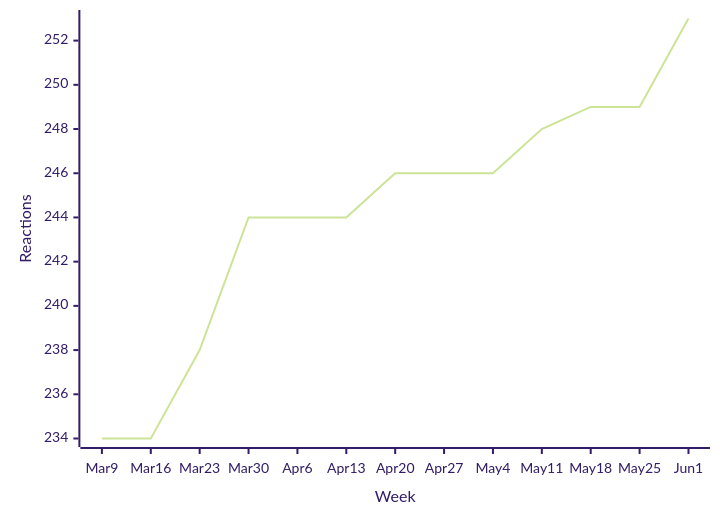
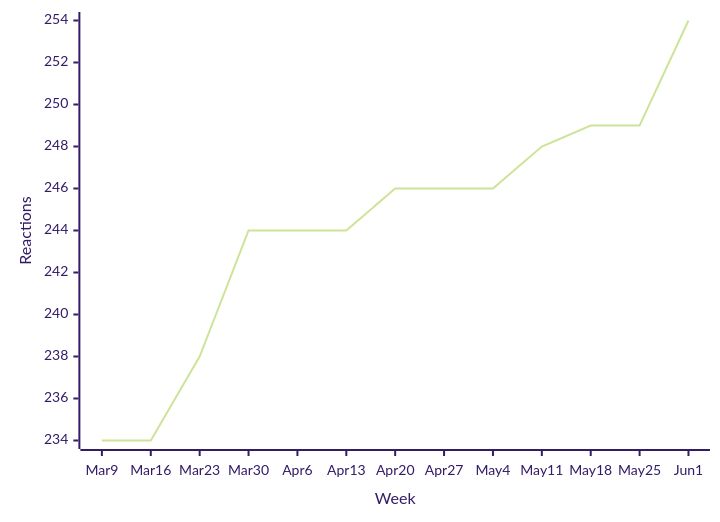
One commit to loic-sharma/github-insights changed the seventh of 44 diagrams in README.md. Above: the diagram before and after it, drawn with Mermaid (forest theme). The commit also changed other lines of this file and 3 other files, not shown here.

````diff
--- a/README.md
+++ b/README.md
@@ -441,6 +441,6 @@
   ```mermaid
   xychart-beta
     x-axis "Week" [Mar 9, Mar 16, Mar 23, Mar 30, Apr 6, Apr 13, Apr 20, Apr 27, May 4, May 11, May 18, May 25, Jun 1]
     y-axis "Reactions"
-    line [234, 234, 238, 244, 244, 244, 246, 246, 246, 248, 249, 249, 253]
+    line [234, 234, 238, 244, 244, 244, 246, 246, 246, 248, 249, 249, 254]
   ```
````
